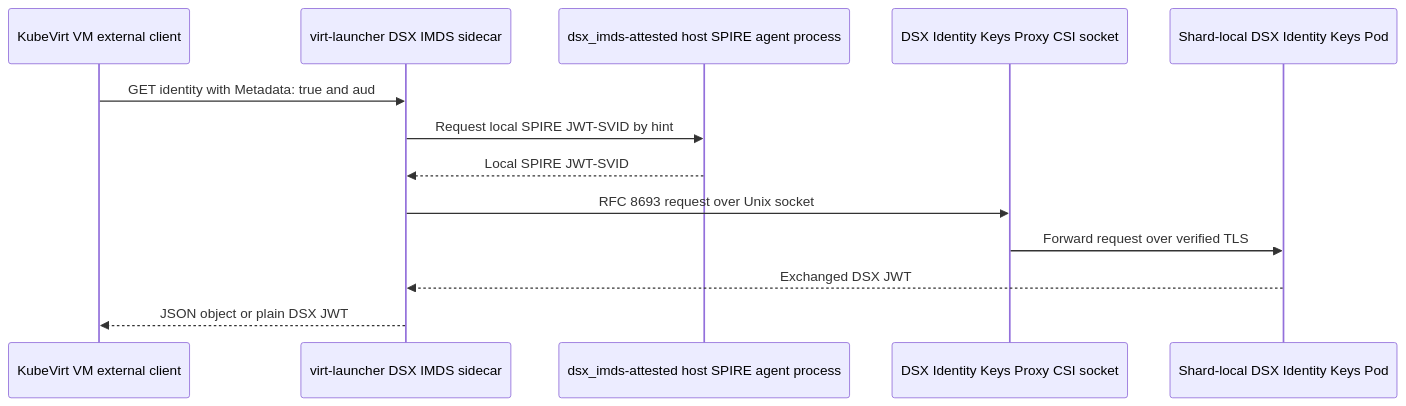
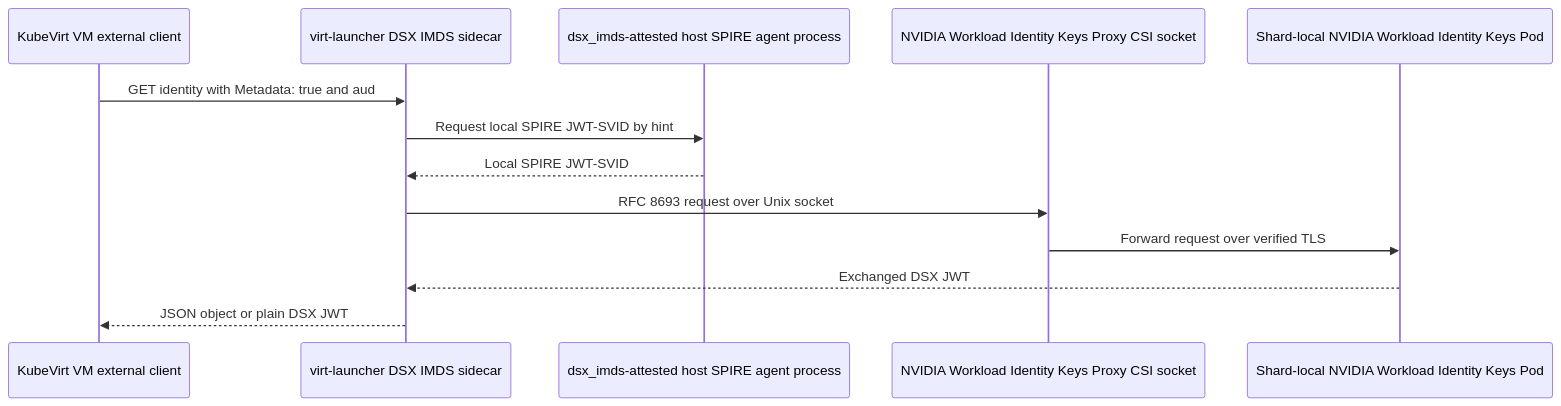
The first of 3 diagrams in cmd/metadata-service/README.md (dsx-ai-factory/nvidia-workload-identity), drawn with Mermaid before and after one commit. The commit also changed other lines of this file and 41 other files, not shown here.

First line of the commit message:
fix(NO-REF): update NVIDIA Workload Identity display names

````diff
--- a/cmd/metadata-service/README.md
+++ b/cmd/metadata-service/README.md
@@ -12,15 +12,15 @@
 ```mermaid
 sequenceDiagram
     participant VM as KubeVirt VM external client
     participant MS as virt-launcher DSX IMDS sidecar
     participant SA as dsx_imds-attested host SPIRE agent process
-    participant CSI as DSX Identity Keys Proxy CSI socket
-    participant EX as Shard-local DSX Identity Keys Pod
+    participant CSI as NVIDIA Workload Identity Keys Proxy CSI socket
+    participant EX as Shard-local NVIDIA Workload Identity Keys Pod
     VM->>MS: GET identity with Metadata: true and aud
     MS->>SA: Request local SPIRE JWT-SVID by hint
     SA-->>MS: Local SPIRE JWT-SVID
     MS->>CSI: RFC 8693 request over Unix socket
     CSI->>EX: Forward request over verified TLS
     EX-->>MS: Exchanged DSX JWT
     MS-->>VM: JSON object or plain DSX JWT
 ```
````
